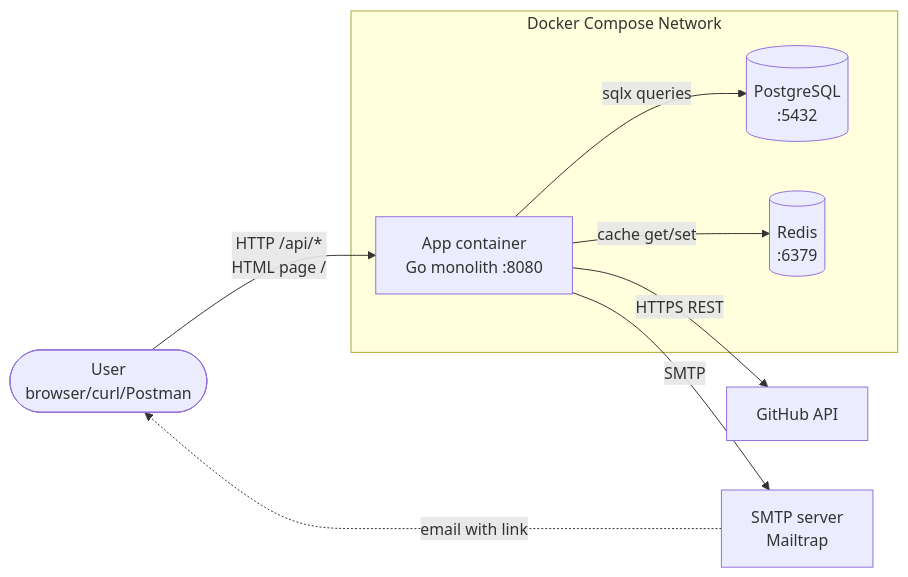
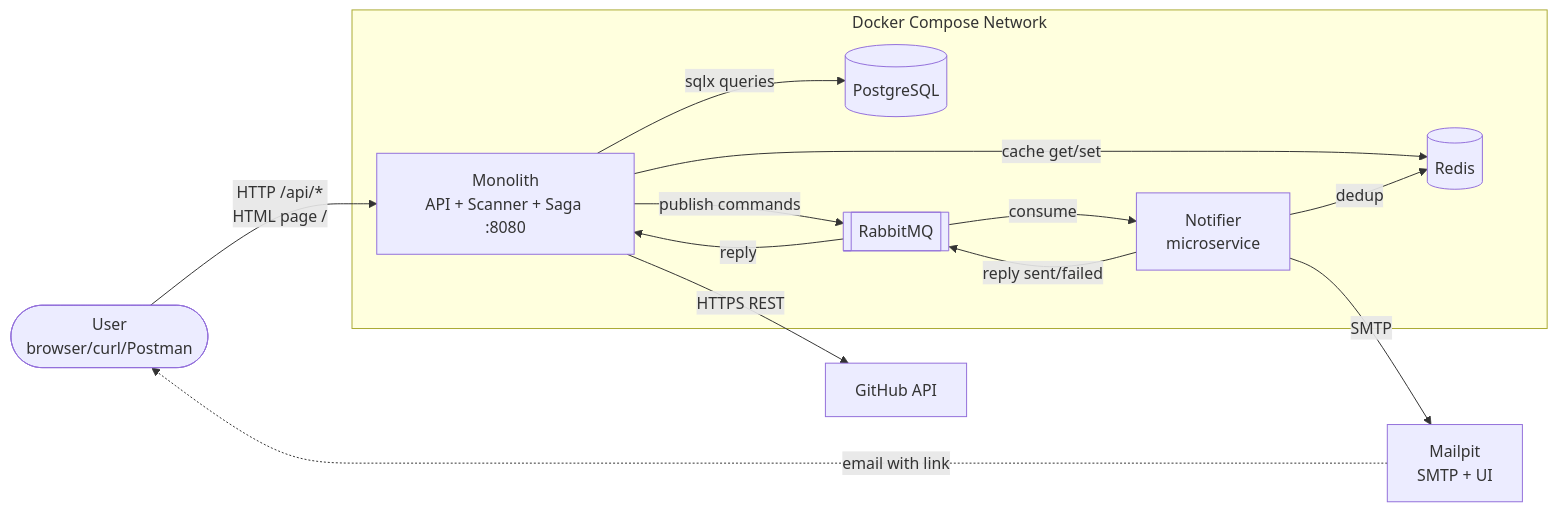
Before and after one commit to GenesisEducationKyiv/software-engineering-school-6-0-Yurii-Levchenko: the first of 5 diagrams in system-design/README.md, drawn with Mermaid. The commit also changed other lines of this file and 1 other file, not shown here.

Commit message:
docs(hw9): update system-design + README for the 2-process saga architecture

````diff
--- a/system-design/README.md
+++ b/system-design/README.md
@@ -101,19 +101,26 @@
 ```mermaid
 flowchart LR
     User([User<br/>browser/curl/Postman])
     GH[GitHub API]
-    SMTP[SMTP server<br/>Mailtrap]
+    Mailpit[Mailpit<br/>SMTP + UI]
 
     subgraph "Docker Compose Network"
-        App[App container<br/>Go monolith :8080]
-        DB[(PostgreSQL<br/>:5432)]
-        Redis[(Redis<br/>:6379)]
+        App[Monolith<br/>API + Scanner + Saga :8080]
+        DB[(PostgreSQL)]
+        Redis[(Redis)]
+        MQ[[RabbitMQ]]
+        Notifier[Notifier<br/>microservice]
     end
 
     User -->|HTTP /api/*<br/>HTML page /| App
     App -->|sqlx queries| DB
     App -->|cache get/set| Redis
     App -->|HTTPS REST| GH
-    App -->|SMTP| SMTP
-    SMTP -.->|email with link| User
+    App -->|publish commands| MQ
+    MQ -->|consume| Notifier
+    Notifier -->|reply sent/failed| MQ
+    MQ -->|reply| App
+    Notifier -->|dedup| Redis
+    Notifier -->|SMTP| Mailpit
+    Mailpit -.->|email with link| User
 ```
````
